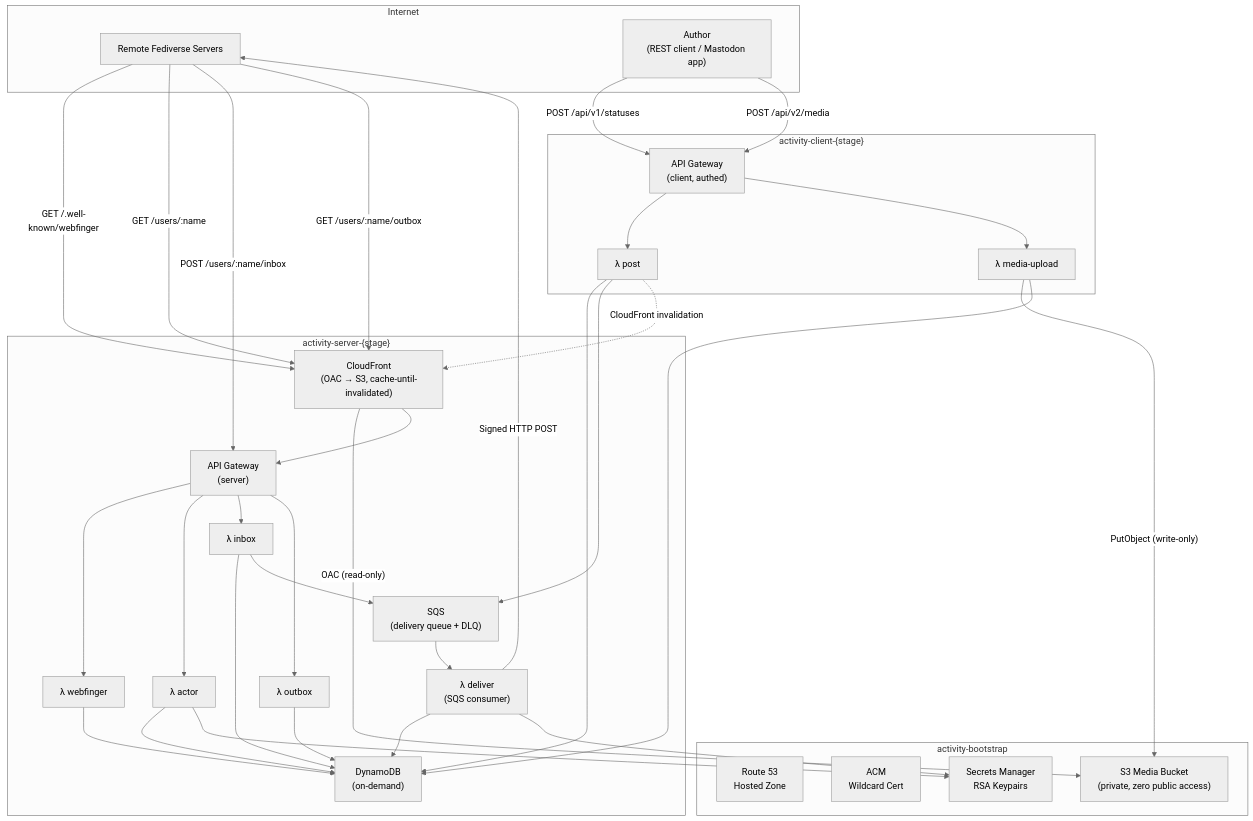
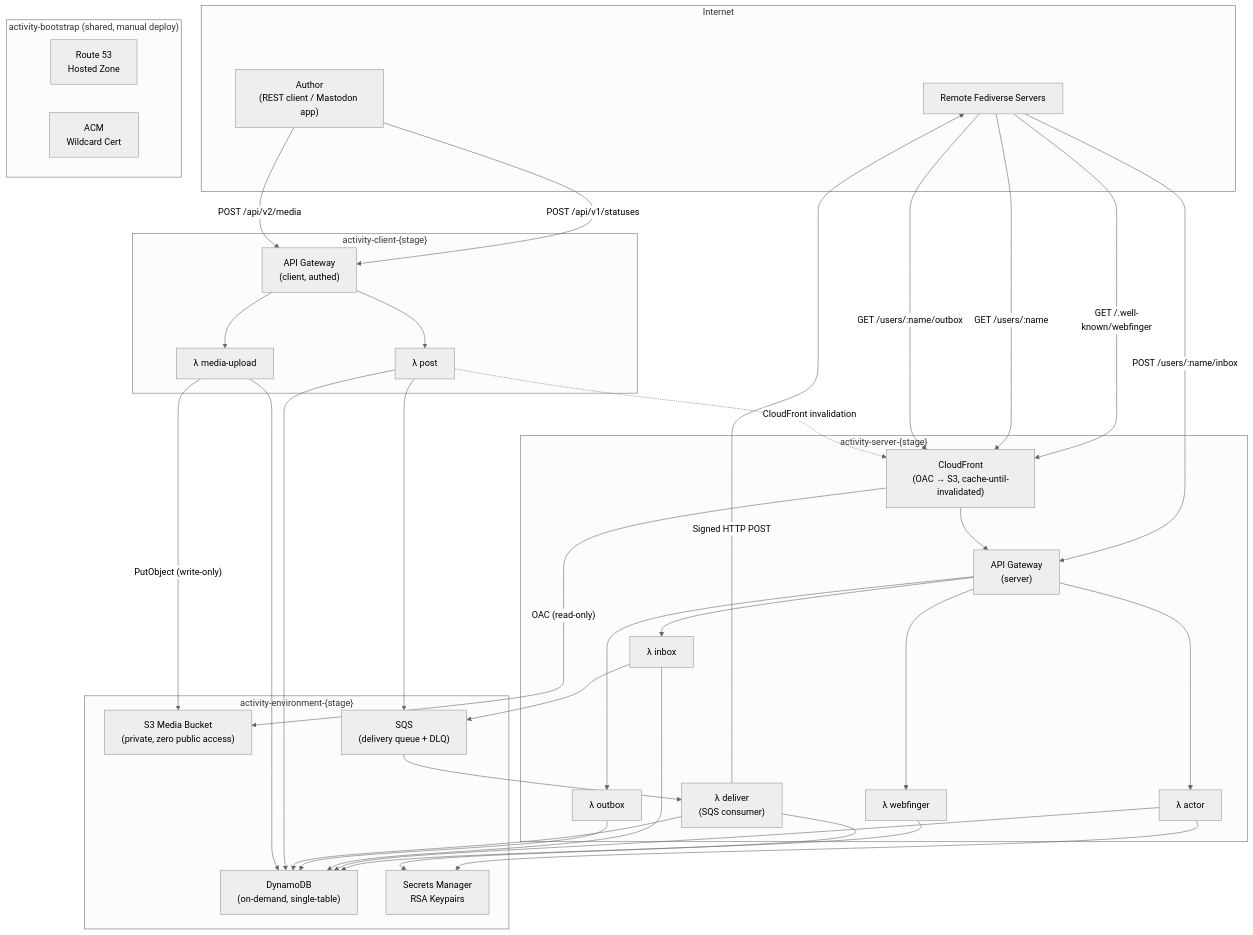
The first of 4 diagrams in docs/PROJECT-PLAN.md (happitec-inc/FederatedActivityPublisher), drawn with Mermaid (neutral theme) before and after one commit. The commit also changed other lines of this file, not shown here.

First line of the commit message:
Four-stack architecture: add activity-environment-{stage}

````diff
--- a/docs/PROJECT-PLAN.md
+++ b/docs/PROJECT-PLAN.md
@@ -31,67 +31,70 @@
 ```mermaid
 flowchart TB
     subgraph "Internet"
         FED["Remote Fediverse Servers"]
         AUTHOR["Author<br/>(REST client / Mastodon app)"]
     end
 
-    subgraph "activity-bootstrap"
+    subgraph "activity-bootstrap (shared, manual deploy)"
         R53["Route 53<br/>Hosted Zone"]
         ACM["ACM<br/>Wildcard Cert"]
+    end
+
+    subgraph "activity-environment-{stage}"
         S3["S3 Media Bucket<br/>(private, zero public access)"]
+        DDB["DynamoDB<br/>(on-demand, single-table)"]
+        SQS["SQS<br/>(delivery queue + DLQ)"]
         SM["Secrets Manager<br/>RSA Keypairs"]
     end
 
     subgraph "activity-server-{stage}"
         CF["CloudFront<br/>(OAC → S3, cache-until-invalidated)"]
         APIGW_S["API Gateway<br/>(server)"]
         WF["λ webfinger"]
         ACTOR["λ actor"]
         INBOX["λ inbox"]
         OUTBOX["λ outbox"]
         DELIVER["λ deliver<br/>(SQS consumer)"]
-        DDB["DynamoDB<br/>(on-demand)"]
-        SQS["SQS<br/>(delivery queue + DLQ)"]
     end
 
     subgraph "activity-client-{stage}"
         APIGW_C["API Gateway<br/>(client, authed)"]
         POST["λ post"]
         MEDIA["λ media-upload"]
     end
 
     FED -->|"GET /.well-known/webfinger"| CF
     FED -->|"GET /users/:name"| CF
     FED -->|"POST /users/:name/inbox"| APIGW_S
     FED -->|"GET /users/:name/outbox"| CF
 
     AUTHOR -->|"POST /api/v1/statuses"| APIGW_C
     AUTHOR -->|"POST /api/v2/media"| APIGW_C
 
     CF -->|"OAC (read-only)"| S3
     CF --> APIGW_S
     APIGW_S --> WF
     APIGW_S --> ACTOR
     APIGW_S --> INBOX
     APIGW_S --> OUTBOX
 
     WF --> DDB
     ACTOR --> DDB
     ACTOR --> SM
     INBOX --> DDB
     INBOX --> SQS
     OUTBOX --> DDB
 
     SQS --> DELIVER
     DELIVER --> DDB
     DELIVER --> SM
     DELIVER -->|"Signed HTTP POST"| FED
 
     APIGW_C --> POST
     APIGW_C --> MEDIA
     POST --> DDB
     POST --> SQS
     POST -.->|"CloudFront invalidation"| CF
     MEDIA -->|"PutObject (write-only)"| S3
     MEDIA --> DDB
 ```
````
